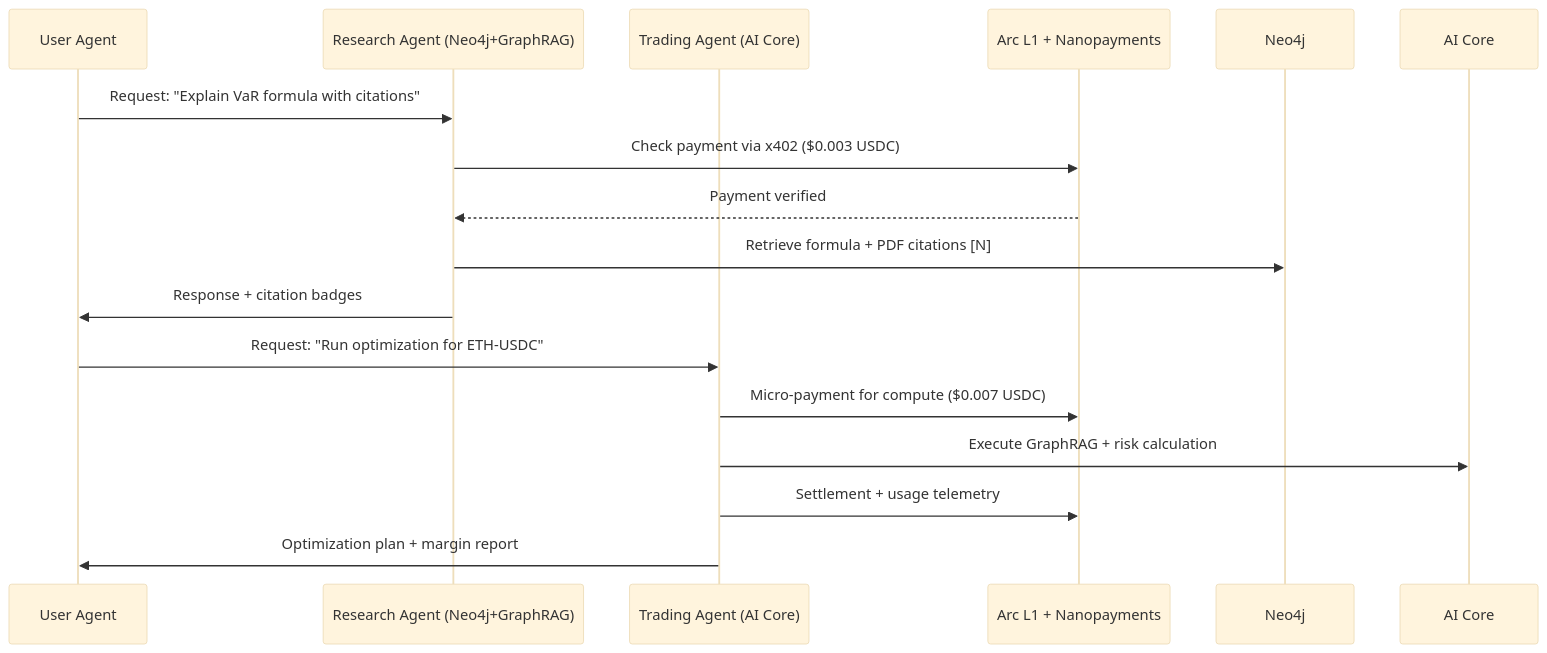
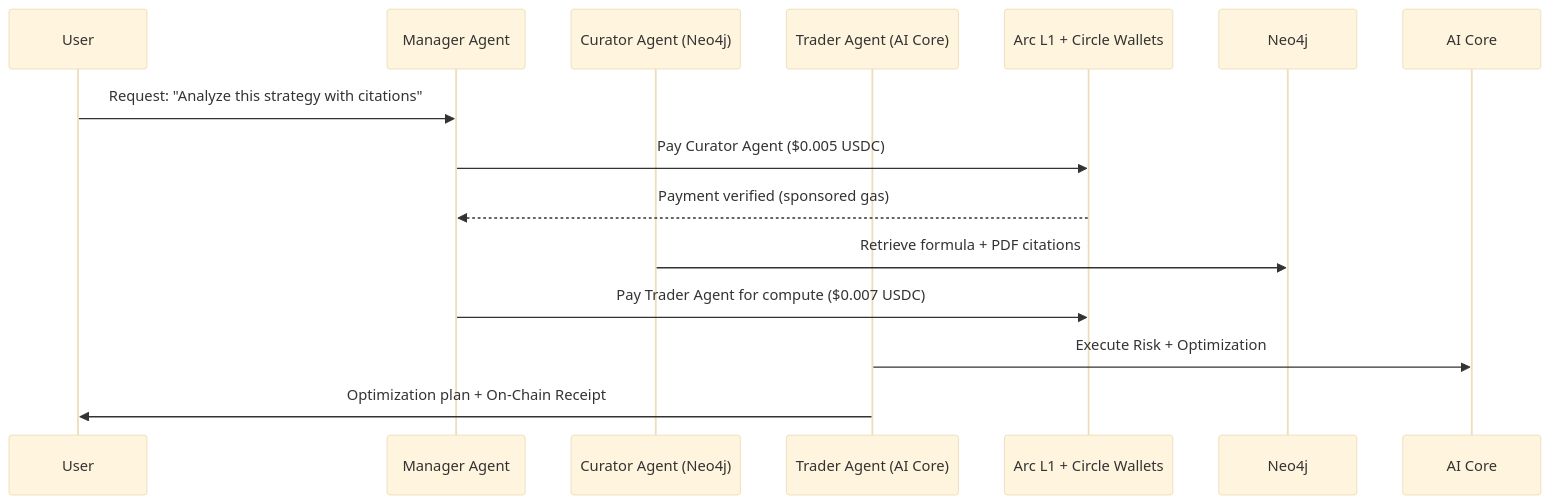
The diagram in docs/ARC_AGENTIC_ECONOMY_PLAN.md (Godwin-88/probable-octo-chainsaw), drawn with Mermaid (base theme) before and after one commit. The commit also changed other lines of this file and 4 other files, not shown here.

````diff
--- a/docs/ARC_AGENTIC_ECONOMY_PLAN.md
+++ b/docs/ARC_AGENTIC_ECONOMY_PLAN.md
@@ -42,19 +42,16 @@
 ```mermaid
 sequenceDiagram
-    participant UserAgent as User Agent
-    participant ResearchAgent as Research Agent (Neo4j+GraphRAG)
-    participant TradingAgent as Trading Agent (AI Core)
-    participant Arc as Arc L1 + Nanopayments
+    participant User
+    participant Manager as Manager Agent
+    participant Curator as Curator Agent (Neo4j)
+    participant Trader as Trader Agent (AI Core)
+    participant Arc as Arc L1 + Circle Wallets
     
-    UserAgent->>ResearchAgent: Request: "Explain VaR formula with citations"
-    ResearchAgent->>Arc: Check payment via x402 ($0.003 USDC)
-    Arc-->>ResearchAgent: Payment verified
-    ResearchAgent->>Neo4j: Retrieve formula + PDF citations [N]
-    ResearchAgent->>UserAgent: Response + citation badges
-    
-    UserAgent->>TradingAgent: Request: "Run optimization for ETH-USDC"
-    TradingAgent->>Arc: Micro-payment for compute ($0.007 USDC)
-    TradingAgent->>AI Core: Execute GraphRAG + risk calculation
-    TradingAgent->>Arc: Settlement + usage telemetry
-    TradingAgent->>UserAgent: Optimization plan + margin report
+    User->>Manager: Request: "Analyze this strategy with citations"
+    Manager->>Arc: Pay Curator Agent ($0.005 USDC)
+    Arc-->>Manager: Payment verified (sponsored gas)
+    Curator->>Neo4j: Retrieve formula + PDF citations
+    Manager->>Arc: Pay Trader Agent for compute ($0.007 USDC)
+    Trader->>AI Core: Execute Risk + Optimization
+    Trader->>User: Optimization plan + On-Chain Receipt
 ```
````
